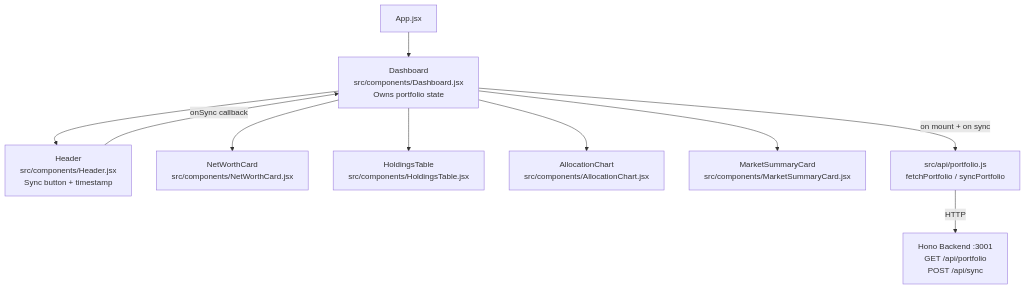
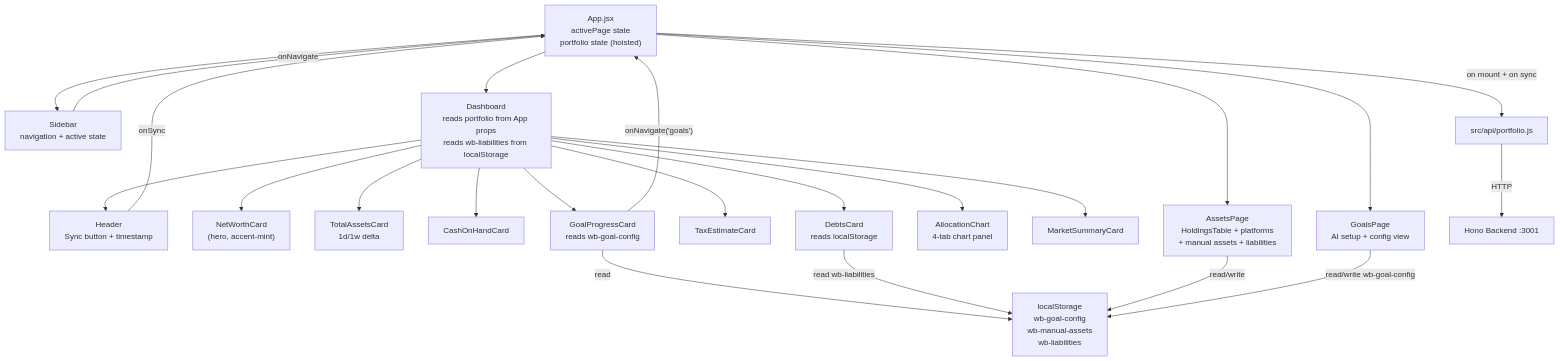
Before and after one commit to frockert/wealth-butler: the diagram in .specs/features/01-mvp-dashboard/design.md, drawn with Mermaid. The commit also changed other lines of this file and 5 other files, not shown here.

````diff
--- a/.specs/features/01-mvp-dashboard/design.md
+++ b/.specs/features/01-mvp-dashboard/design.md
@@ -9,22 +9,43 @@
 ```mermaid
 graph TD
-    App["App.jsx"]
-    Dashboard["Dashboard\nsrc/components/Dashboard.jsx\nOwns portfolio state"]
-    Header["Header\nsrc/components/Header.jsx\nSync button + timestamp"]
-    NetWorthCard["NetWorthCard\nsrc/components/NetWorthCard.jsx"]
-    HoldingsTable["HoldingsTable\nsrc/components/HoldingsTable.jsx"]
-    AllocationChart["AllocationChart\nsrc/components/AllocationChart.jsx"]
-    MarketSummaryCard["MarketSummaryCard\nsrc/components/MarketSummaryCard.jsx"]
-    APIClient["src/api/portfolio.js\nfetchPortfolio / syncPortfolio"]
-    Backend["Hono Backend :3001\nGET /api/portfolio\nPOST /api/sync"]
+    App["App.jsx\nactivePage state\nportfolio state (hoisted)"]
+    Sidebar["Sidebar\nnavigation + active state"]
+    Dashboard["Dashboard\nreads portfolio from App props\nreads wb-liabilities from localStorage"]
+    Header["Header\nSync button + timestamp"]
+    NetWorthCard["NetWorthCard\n(hero, accent-mint)"]
+    TotalAssetsCard["TotalAssetsCard\n1d/1w delta"]
+    CashOnHandCard["CashOnHandCard"]
+    DebtsCard["DebtsCard\nreads localStorage"]
+    TaxEstimateCard["TaxEstimateCard"]
+    GoalProgressCard["GoalProgressCard\nreads wb-goal-config"]
+    AllocationChart["AllocationChart\n4-tab chart panel"]
+    MarketSummaryCard["MarketSummaryCard"]
+    AssetsPage["AssetsPage\nHoldingsTable + platforms\n+ manual assets + liabilities"]
+    GoalsPage["GoalsPage\nAI setup + config view"]
+    APIClient["src/api/portfolio.js"]
+    Backend["Hono Backend :3001"]
+    LocalStorage["localStorage\nwb-goal-config\nwb-manual-assets\nwb-liabilities"]
 
+    App --> Sidebar
     App --> Dashboard
+    App --> AssetsPage
+    App --> GoalsPage
+    Sidebar -- "onNavigate" --> App
+    App -- "on mount + on sync" --> APIClient
+    APIClient -- "HTTP" --> Backend
     Dashboard --> Header
     Dashboard --> NetWorthCard
-    Dashboard --> HoldingsTable
+    Dashboard --> TotalAssetsCard
+    Dashboard --> CashOnHandCard
+    Dashboard --> DebtsCard
+    Dashboard --> TaxEstimateCard
+    Dashboard --> GoalProgressCard
     Dashboard --> AllocationChart
     Dashboard --> MarketSummaryCard
-    Dashboard -- "on mount + on sync" --> APIClient
-    APIClient -- "HTTP" --> Backend
-    Header -- "onSync callback" --> Dashboard
+    Header -- "onSync" --> App
+    GoalProgressCard -- "read" --> LocalStorage
+    GoalProgressCard -- "onNavigate('goals')" --> App
+    DebtsCard -- "read wb-liabilities" --> LocalStorage
+    AssetsPage -- "read/write" --> LocalStorage
+    GoalsPage -- "read/write wb-goal-config" --> LocalStorage
 ```
````
